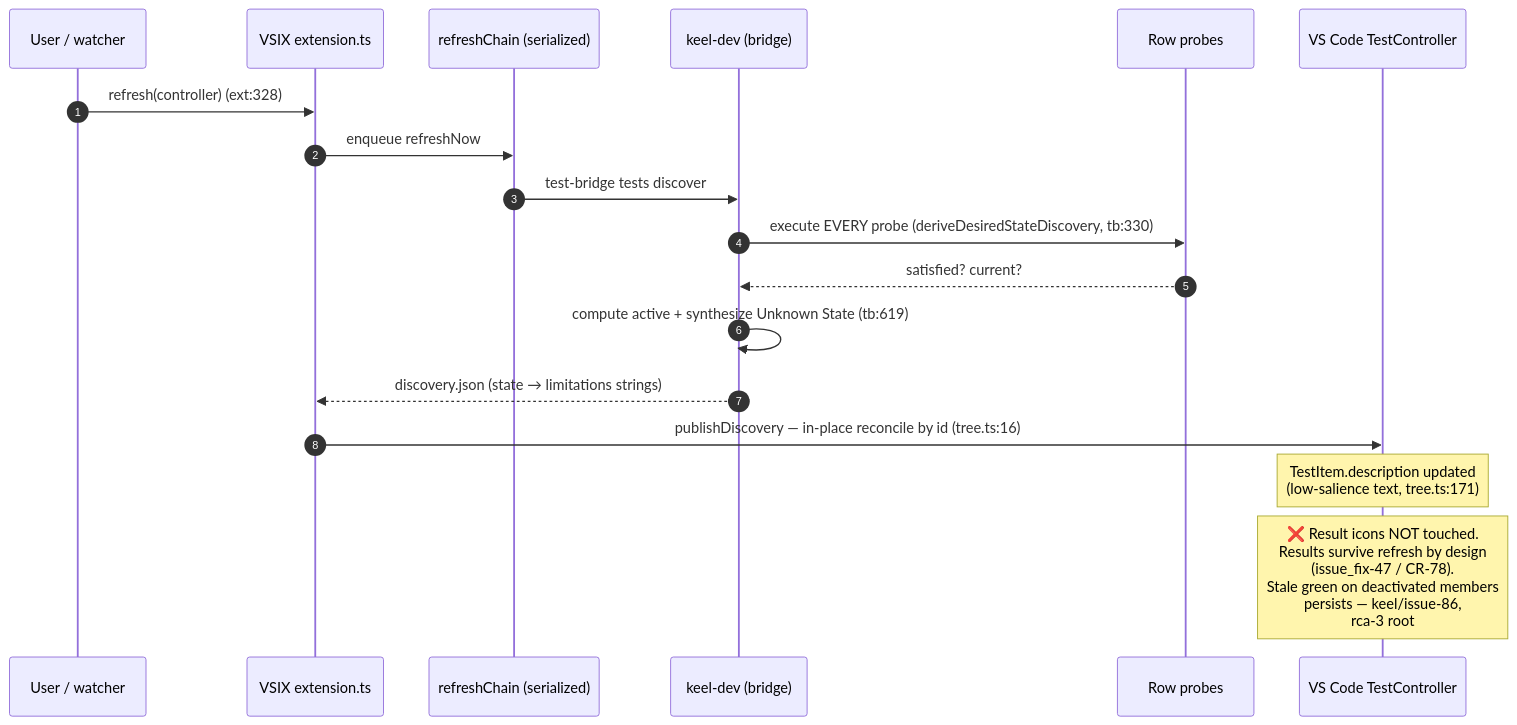
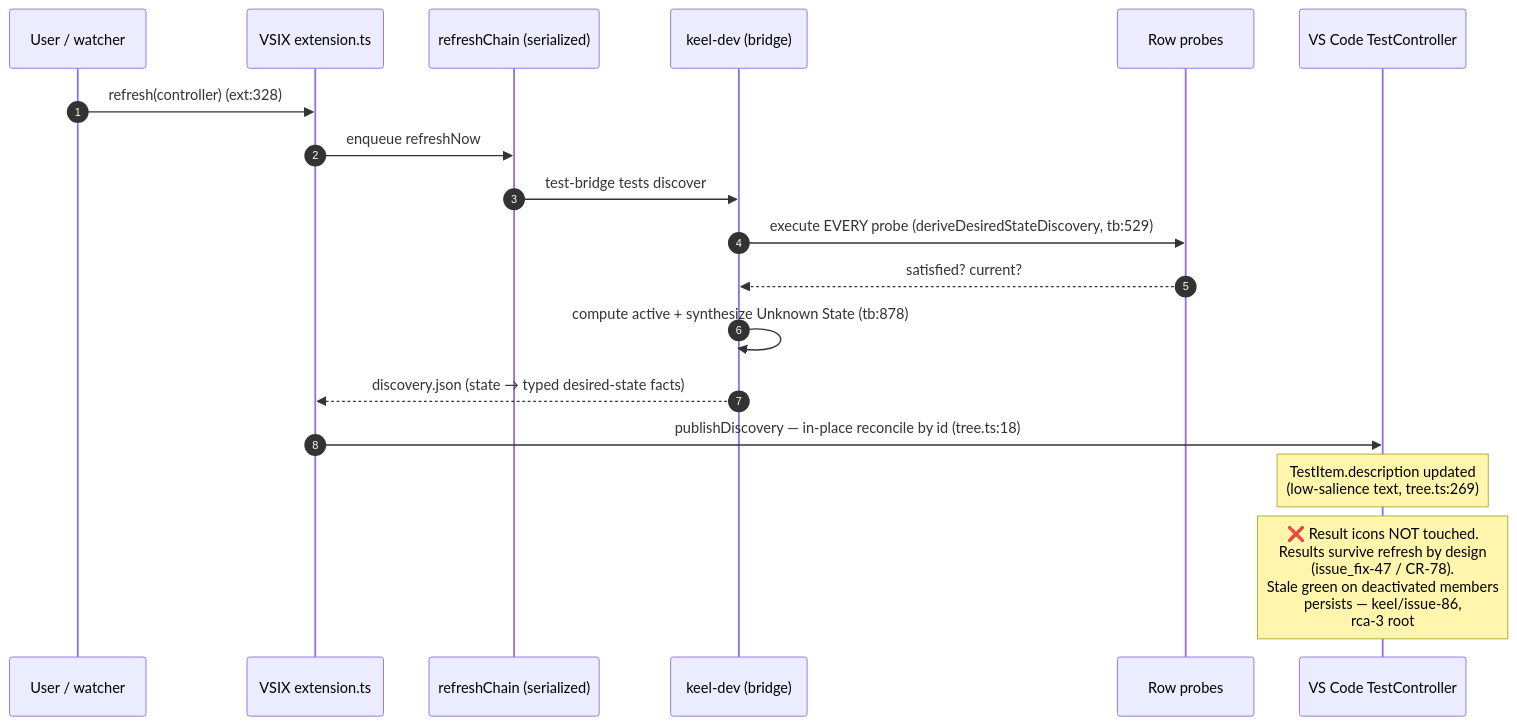
The first of 4 diagrams in docs/mutex/sequences.md (david-aggeler/keel), drawn with Mermaid before and after one commit. The commit also changed 5 other files, not shown here.

````diff
--- a/docs/mutex/sequences.md
+++ b/docs/mutex/sequences.md
@@ -11,21 +11,21 @@
 ```mermaid
 sequenceDiagram
     autonumber
     participant U as User / watcher
     participant EXT as VSIX extension.ts
     participant CHAIN as refreshChain (serialized)
     participant DEV as keel-dev (bridge)
     participant P as Row probes
     participant TC as VS Code TestController
 
     U->>EXT: refresh(controller) (ext:328)
     EXT->>CHAIN: enqueue refreshNow
     CHAIN->>DEV: test-bridge tests discover
-    DEV->>P: execute EVERY probe (deriveDesiredStateDiscovery, tb:330)
+    DEV->>P: execute EVERY probe (deriveDesiredStateDiscovery, tb:529)
     P-->>DEV: satisfied? current?
-    DEV->>DEV: compute active + synthesize Unknown State (tb:619)
-    DEV-->>EXT: discovery.json (state → limitations strings)
-    EXT->>TC: publishDiscovery — in-place reconcile by id (tree.ts:16)
-    Note over TC: TestItem.description updated<br/>(low-salience text, tree.ts:171)
+    DEV->>DEV: compute active + synthesize Unknown State (tb:878)
+    DEV-->>EXT: discovery.json (state → typed desired-state facts)
+    EXT->>TC: publishDiscovery — in-place reconcile by id (tree.ts:18)
+    Note over TC: TestItem.description updated<br/>(low-salience text, tree.ts:269)
     Note over TC: ❌ Result icons NOT touched.<br/>Results survive refresh by design<br/>(issue_fix-47 / CR-78).<br/>Stale green on deactivated members<br/>persists — keel/issue-86,<br/>rca-3 root #1 unremediated.
 ```
````
